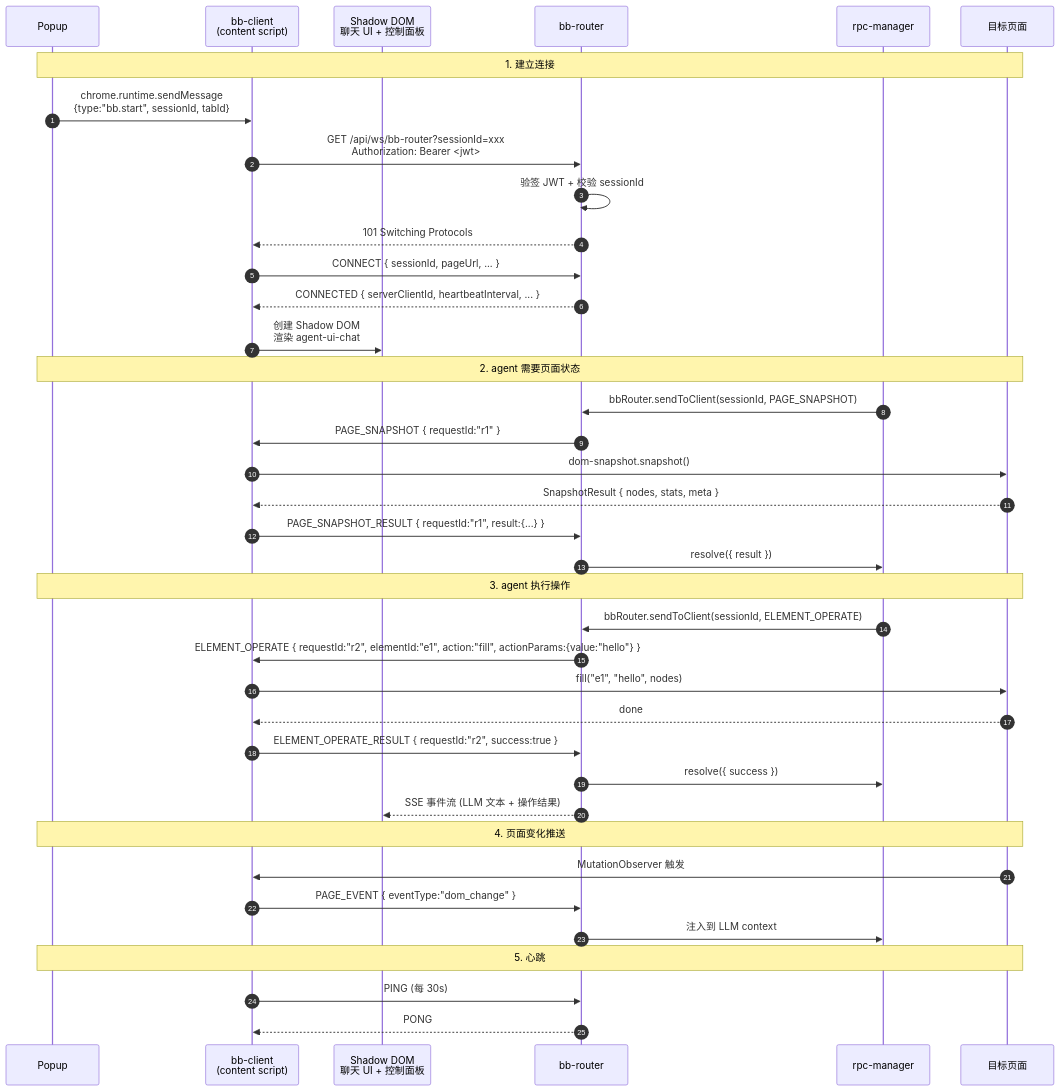
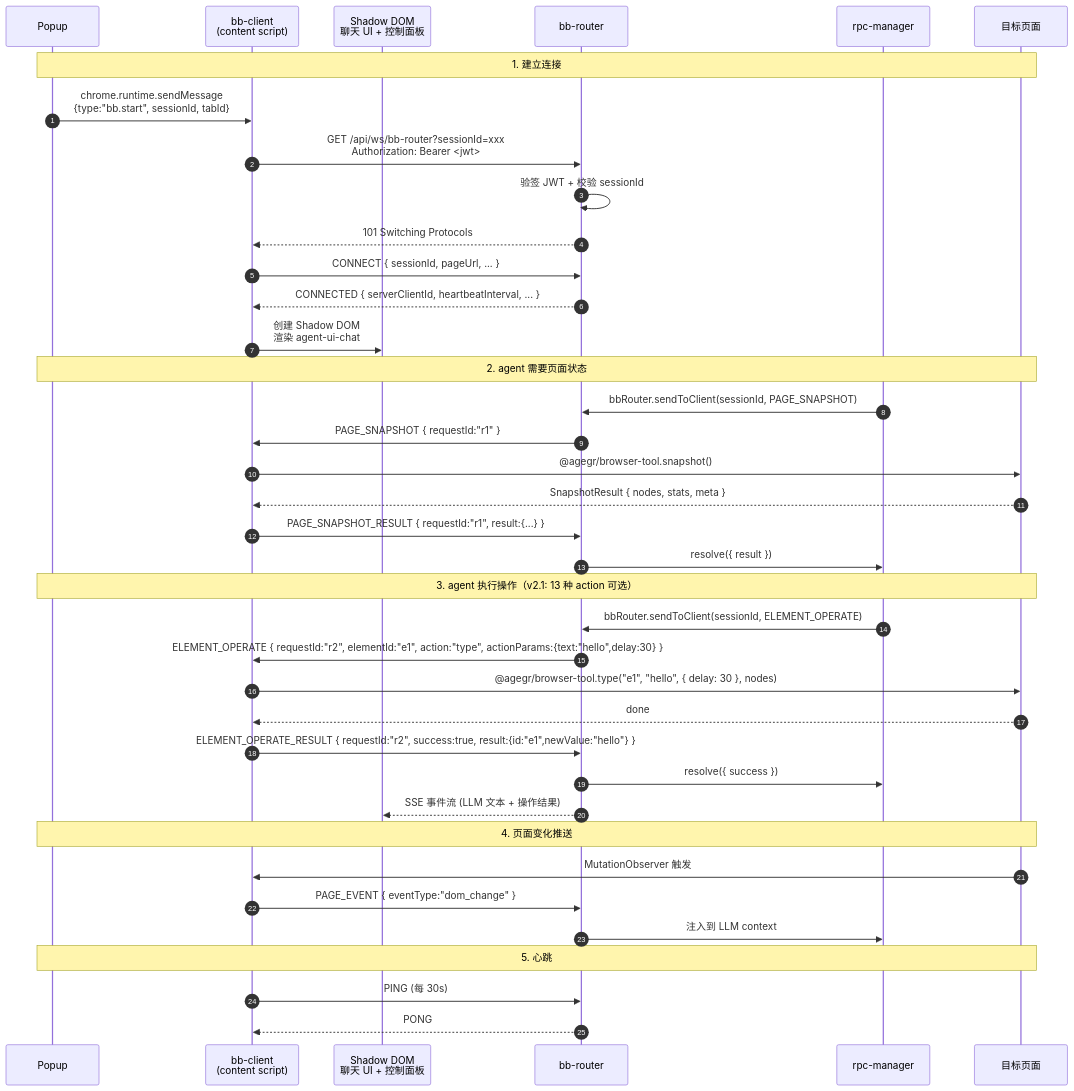
Before and after one commit to zhaoxin34/matrix: the first of 3 diagrams in neo/design/docs/technical/agent-steer/browser-bridge-protocol.md, drawn with Mermaid. The commit also changed other lines of this file and 72 other files, not shown here.

````diff
--- a/neo/design/docs/technical/agent-steer/browser-bridge-protocol.md
+++ b/neo/design/docs/technical/agent-steer/browser-bridge-protocol.md
@@ -549,45 +680,45 @@
 ```mermaid
 sequenceDiagram
     autonumber
     participant Popup as Popup
     participant CS as bb-client<br/>(content script)
     participant SD as Shadow DOM<br/>聊天 UI + 控制面板
     participant Router as bb-router
     participant RPC as rpc-manager
     participant Page as 目标页面
 
     Note over Popup,Page: 1. 建立连接
     Popup->>CS: chrome.runtime.sendMessage<br/>{type:"bb.start", sessionId, tabId}
     CS->>Router: GET /api/ws/bb-router?sessionId=xxx<br/>Authorization: Bearer <jwt>
     Router->>Router: 验签 JWT + 校验 sessionId
     Router-->>CS: 101 Switching Protocols
     CS->>Router: CONNECT { sessionId, pageUrl, ... }
     Router-->>CS: CONNECTED { serverClientId, heartbeatInterval, ... }
     CS->>SD: 创建 Shadow DOM<br/>渲染 agent-ui-chat
 
     Note over Popup,Page: 2. agent 需要页面状态
     RPC->>Router: bbRouter.sendToClient(sessionId, PAGE_SNAPSHOT)
     Router->>CS: PAGE_SNAPSHOT { requestId:"r1" }
-    CS->>Page: dom-snapshot.snapshot()
+    CS->>Page: @agegr/browser-tool.snapshot()
     Page-->>CS: SnapshotResult { nodes, stats, meta }
     CS->>Router: PAGE_SNAPSHOT_RESULT { requestId:"r1", result:{...} }
     Router->>RPC: resolve({ result })
 
-    Note over Popup,Page: 3. agent 执行操作
+    Note over Popup,Page: 3. agent 执行操作（v2.1: 13 种 action 可选）
     RPC->>Router: bbRouter.sendToClient(sessionId, ELEMENT_OPERATE)
-    Router->>CS: ELEMENT_OPERATE { requestId:"r2", elementId:"e1", action:"fill", actionParams:{value:"hello"} }
-    CS->>Page: fill("e1", "hello", nodes)
+    Router->>CS: ELEMENT_OPERATE { requestId:"r2", elementId:"e1", action:"type", actionParams:{text:"hello",delay:30} }
+    CS->>Page: @agegr/browser-tool.type("e1", "hello", { delay: 30 }, nodes)
     Page-->>CS: done
-    CS->>Router: ELEMENT_OPERATE_RESULT { requestId:"r2", success:true }
+    CS->>Router: ELEMENT_OPERATE_RESULT { requestId:"r2", success:true, result:{id:"e1",newValue:"hello"} }
     Router->>RPC: resolve({ success })
     Router-->>SD: SSE 事件流 (LLM 文本 + 操作结果)
 
     Note over Popup,Page: 4. 页面变化推送
     Page->>CS: MutationObserver 触发
     CS->>Router: PAGE_EVENT { eventType:"dom_change" }
     Router->>RPC: 注入到 LLM context
 
     Note over Popup,Page: 5. 心跳
     CS->>Router: PING (每 30s)
     Router-->>CS: PONG
 ```
````
